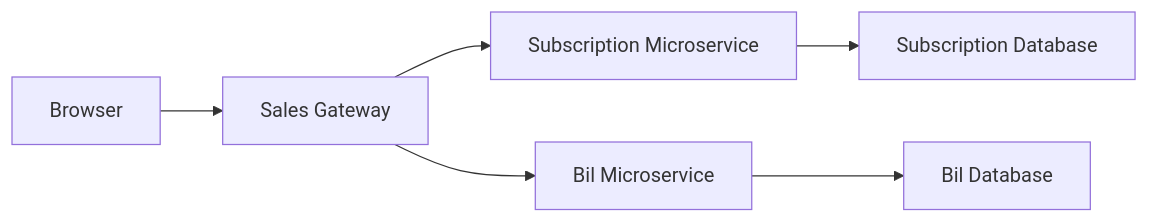
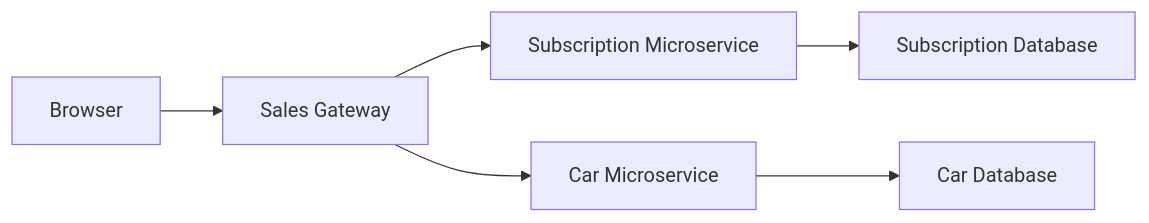
One commit to Bilabonnement-eksamensopgave-2024/sales-gateway changed the diagram in README.md. Above: the diagram before and after it, drawn with Mermaid.

````diff
--- a/README.md
+++ b/README.md
@@ -35,8 +35,8 @@
 ```mermaid
 graph LR
     A[Browser] --> B[Sales Gateway]
     B --> C[Subscription Microservice]
-    B --> E[Bil Microservice]
+    B --> E[Car Microservice]
     C --> D[Subscription Database]
-    E --> F[Bil Database]
+    E --> F[Car Database]
 ```
````
